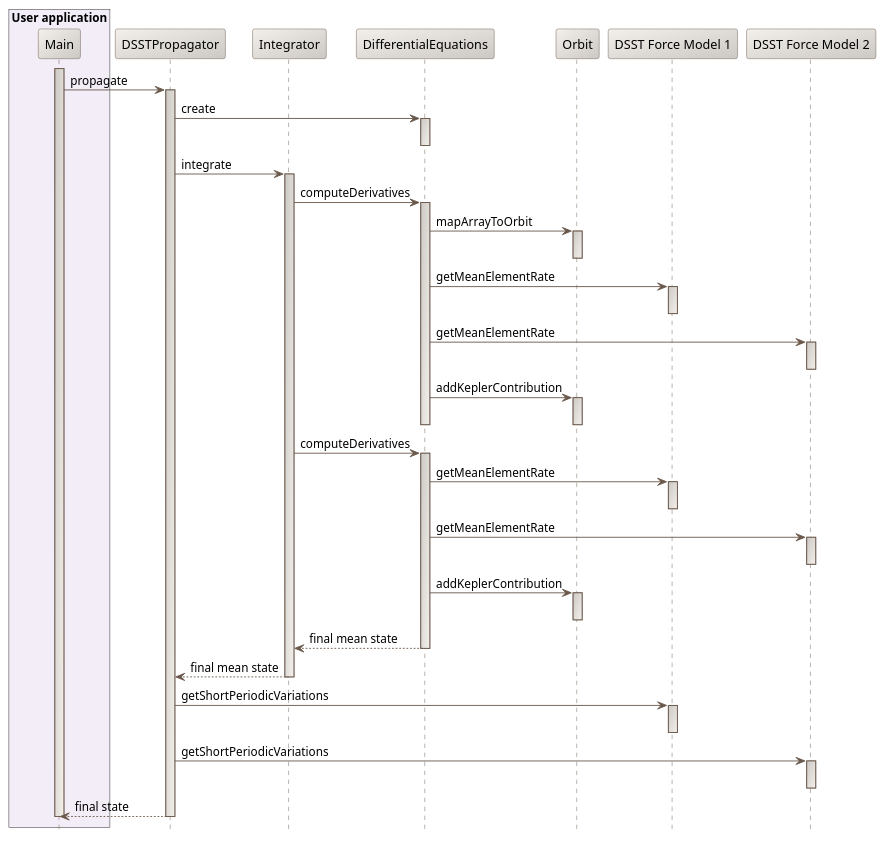
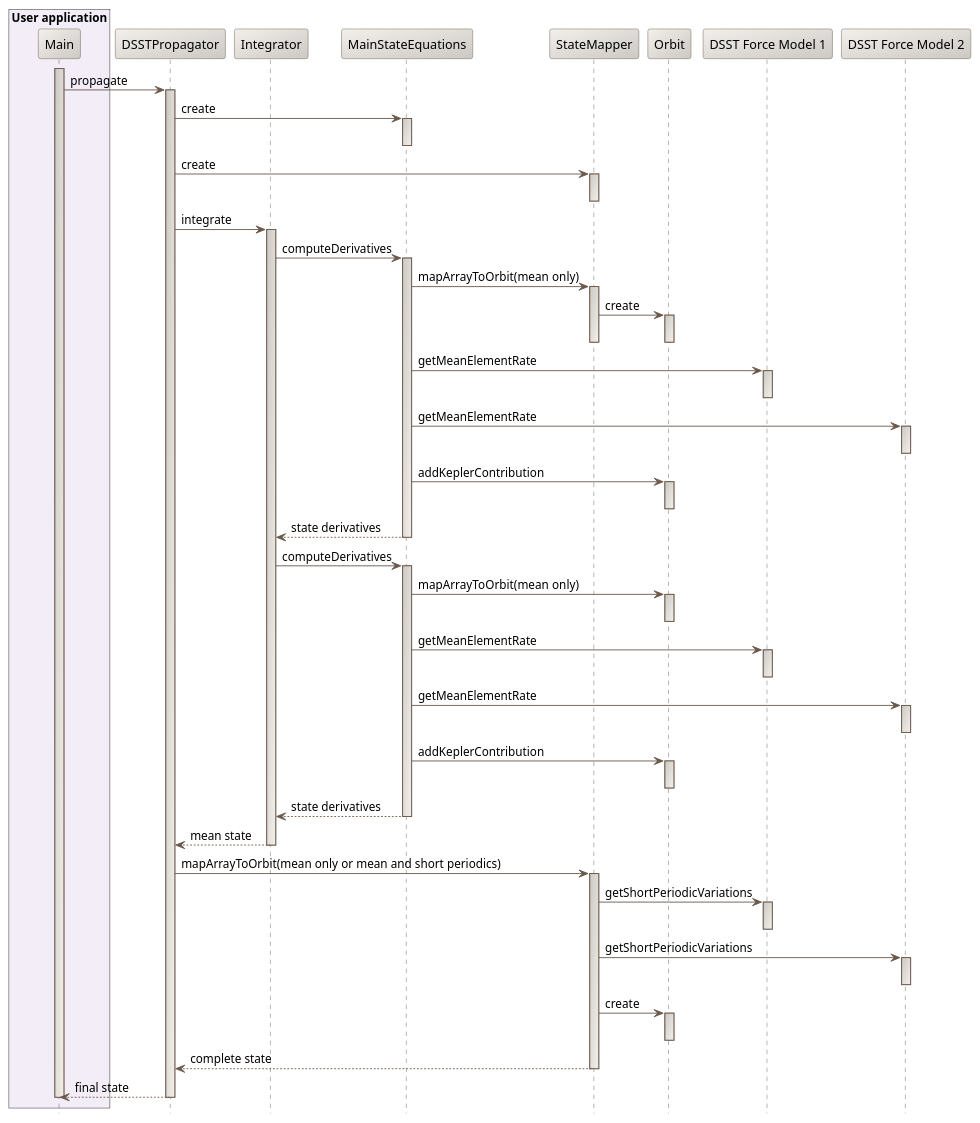
One commit to CS-SI/Orekit changed the diagram in src/design/dsst-propagation-sequence-diagram.puml. Above: the diagram before and after it, drawn with PlantUML. The commit also changed 2 other files, not shown here.

Commit message:
Updated design diagrams for DSST.

```diff
--- a/src/design/dsst-propagation-sequence-diagram.puml
+++ b/src/design/dsst-propagation-sequence-diagram.puml
@@ -17,76 +17,94 @@
 @startuml
 
   skinparam svek                                true
   skinparam NoteBackgroundColor                 #F3EFEB
   skinparam NoteBorderColor                     #691616
   skinparam NoteFontColor                       #691616
   skinparam SequenceActorBorderColor            #6A584B
   skinparam SequenceParticipantBackgroundColor  #F3EFEB/CCC9C5
   skinparam SequenceParticipantBorderColor      #6A584B
   skinparam SequenceLifeLineBackgroundColor     #CCC9C5/F3EFEB
   skinparam SequenceLifeLineBorderColor         #6A584B
   skinparam SequenceArrowColor                  #6A584B
   skinparam SequenceBorderColor                 #6A584B
   skinparam SequenceFontSize                    11
 
   hide footbox
 
   box "User application" #F3EDF7
     participant "Main" as M
   end box
   participant DSSTPropagator
   participant Integrator
-  participant DifferentialEquations
+  participant MainStateEquations
+  participant StateMapper
   participant Orbit
   participant "DSST Force Model 1" as F1
   participant "DSST Force Model 2" as F2
 
   activate M
   M          -> DSSTPropagator : propagate
     activate DSSTPropagator
-    DSSTPropagator -> DifferentialEquations : create
-      activate DifferentialEquations
-      deactivate DifferentialEquations
+    DSSTPropagator -> MainStateEquations : create
+      activate MainStateEquations
+      deactivate MainStateEquations
+    DSSTPropagator -> StateMapper : create
+      activate StateMapper
+      deactivate StateMapper
     DSSTPropagator -> Integrator : integrate
       activate Integrator
-      Integrator -> DifferentialEquations : computeDerivatives
-        activate DifferentialEquations
-        DifferentialEquations -> Orbit : mapArrayToOrbit
+      Integrator -> MainStateEquations : computeDerivatives
+        activate MainStateEquations
+        MainStateEquations -> StateMapper : mapArrayToOrbit(mean only)
+          activate StateMapper
+          StateMapper -> Orbit : create
+            activate Orbit
+            deactivate Orbit
+          deactivate StateMapper
+        MainStateEquations -> F1 : getMeanElementRate
+          activate F1
+          deactivate F1
+        MainStateEquations -> F2 : getMeanElementRate
+          activate F2
+          deactivate F2
+        MainStateEquations -> Orbit : addKeplerContribution
           activate Orbit
           deactivate Orbit
-        DifferentialEquations -> F1 : getMeanElementRate
+        MainStateEquations --> Integrator : state derivatives
+        deactivate MainStateEquations
+      Integrator -> MainStateEquations : computeDerivatives
+        activate MainStateEquations
+        MainStateEquations -> Orbit : mapArrayToOrbit(mean only)
+          activate Orbit
+          deactivate Orbit
+        MainStateEquations -> F1 : getMeanElementRate
           activate F1
           deactivate F1
-        DifferentialEquations -> F2 : getMeanElementRate
+        MainStateEquations -> F2 : getMeanElementRate
           activate F2
           deactivate F2
-        DifferentialEquations -> Orbit : addKeplerContribution
+        MainStateEquations -> Orbit : addKeplerContribution
           activate Orbit
           deactivate Orbit
-        deactivate DifferentialEquations
-      Integrator -> DifferentialEquations : computeDerivatives
-        activate DifferentialEquations
-        DifferentialEquations -> F1 : getMeanElementRate
+        MainStateEquations --> Integrator : state derivatives
+        deactivate MainStateEquations
+      Integrator --> DSSTPropagator : mean state
+      deactivate Integrator
+      DSSTPropagator -> StateMapper : mapArrayToOrbit(mean only or mean and short periodics)
+        activate StateMapper
+        StateMapper -> F1 : getShortPeriodicVariations
           activate F1
           deactivate F1
-        DifferentialEquations -> F2 : getMeanElementRate
+        StateMapper -> F2 : getShortPeriodicVariations
           activate F2
           deactivate F2
-        DifferentialEquations -> Orbit : addKeplerContribution
+        StateMapper -> Orbit : create
           activate Orbit
           deactivate Orbit
-        DifferentialEquations --> Integrator : final mean state
-        deactivate DifferentialEquations
-      Integrator --> DSSTPropagator : final mean state
-      deactivate Integrator
-    DSSTPropagator -> F1 : getShortPeriodicVariations
-      activate F1
-      deactivate F1
-    DSSTPropagator -> F2 : getShortPeriodicVariations
-      activate F2
-      deactivate F2
+        StateMapper --> DSSTPropagator : complete state
+        deactivate StateMapper
     DSSTPropagator --> M : final state
     deactivate DSSTPropagator
   deactivate M
 
 @enduml
```
